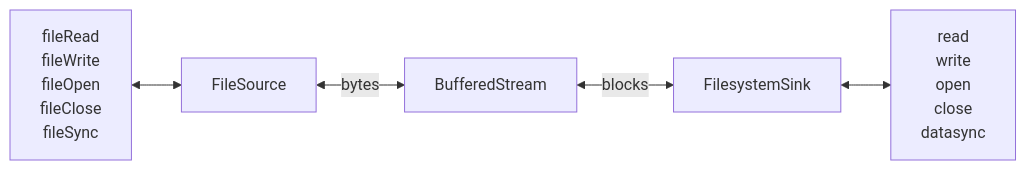
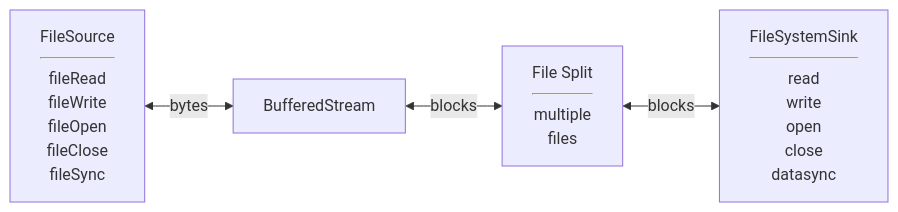
Before and after one commit to precision-software/TempFiles: the fourth of 5 diagrams in README.md, drawn with Mermaid. The commit also changed other lines of this file and 13 other files, not shown here.

````diff
--- a/README.md
+++ b/README.md
@@ -33,10 +30,7 @@
 ```mermaid
 
 flowchart LR
-    start[fileRead <br> fileWrite <br> fileOpen <br> fileClose <br> fileSync]
-      <--> FileSource <-- bytes --> BufferedStream <-- blocks --> FilesystemSink <-->
-    stop[read <br> write <br> open <br> close <br> datasync]
-    
-    classDef Invisible fill:#000000,stroke:#000000;
-    %%class start,stop Invisible;%% 
- ```
+    source[FileSource <hr> fileRead <br> fileWrite <br> fileOpen <br> fileClose <br> fileSync]
+       <-- bytes --> BufferedStream <-- blocks --> a[File Split <hr> multiple <br> files] <-- blocks --> 
+    sink[FileSystemSink <hr> read <br> write <br> open <br> close <br> datasync]
+```
````
